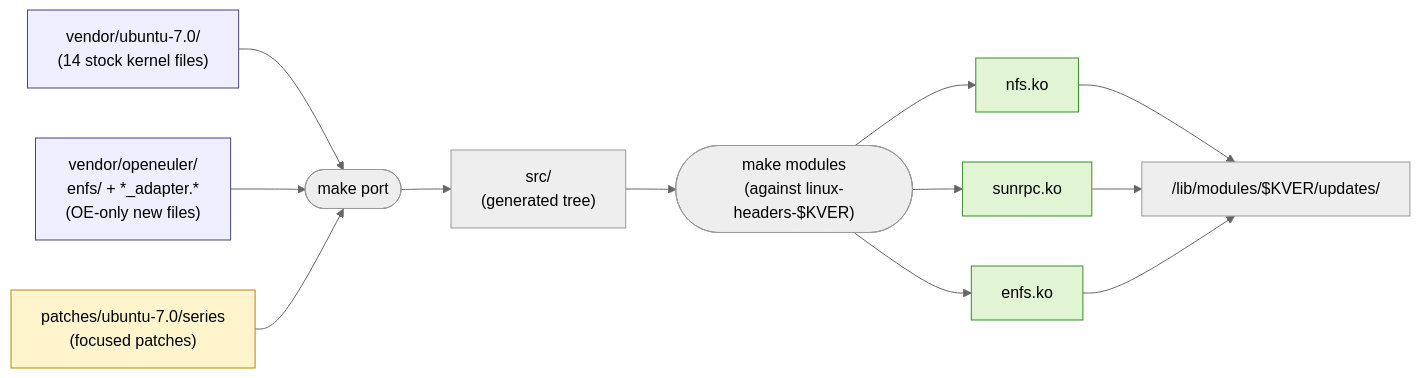
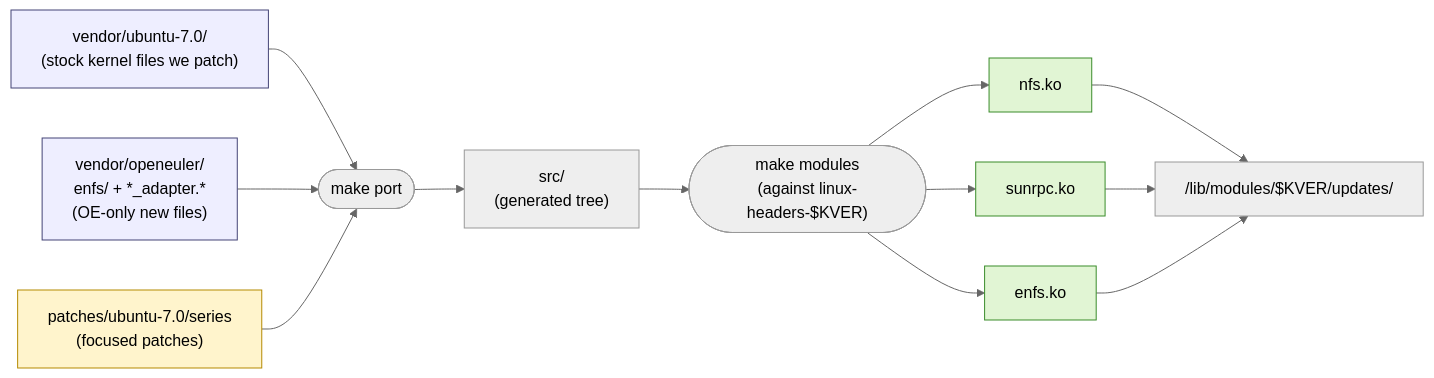
Before and after one commit to darrenstarr/huaweienfs: the second of 2 diagrams in README.md, drawn with Mermaid (neutral theme). The commit also changed other lines of this file and 386 other files, not shown here.

````diff
--- a/README.md
+++ b/README.md
@@ -112,29 +114,29 @@
 ```mermaid
 flowchart LR
-    U["vendor/ubuntu-7.0/<br/>(14 stock kernel files)"]
+    U["vendor/ubuntu-7.0/<br/>(stock kernel files we patch)"]
     OE["vendor/openeuler/<br/>enfs/ + *_adapter.*<br/>(OE-only new files)"]
     P["patches/ubuntu-7.0/series<br/>(focused patches)"]
 
     U --> PORT
     OE --> PORT
     P --> PORT
 
     PORT(["make port"]) --> SRC["src/<br/>(generated tree)"]
 
     SRC --> MM(["make modules<br/>(against linux-headers-$KVER)"])
 
     MM --> M1["nfs.ko"]
     MM --> M2["sunrpc.ko"]
     MM --> M3["enfs.ko"]
 
     M1 --> INST["/lib/modules/$KVER/updates/"]
     M2 --> INST
     M3 --> INST
 
     classDef vendored fill:#eef,stroke:#447
     classDef patches fill:#fff4cc,stroke:#b58a00,color:#000
     classDef built fill:#e1f5d4,stroke:#3a8c2a,color:#000
     class U,OE vendored
     class P patches
     class M1,M2,M3 built
 ```
````
